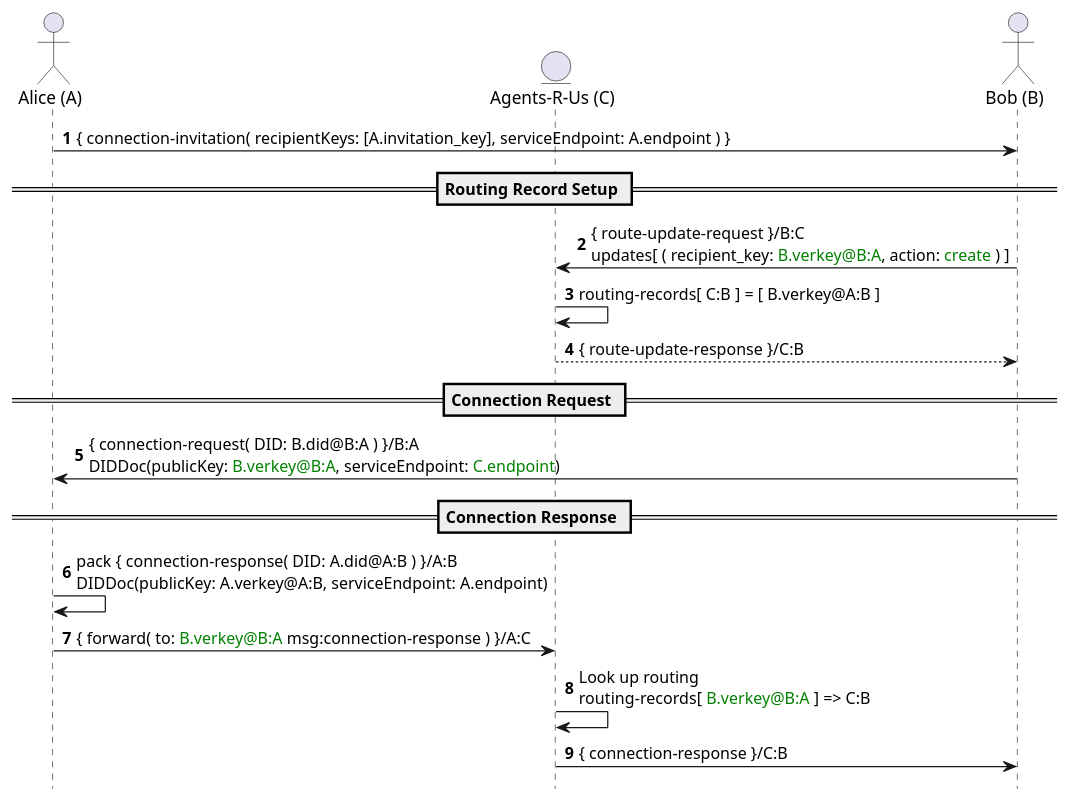
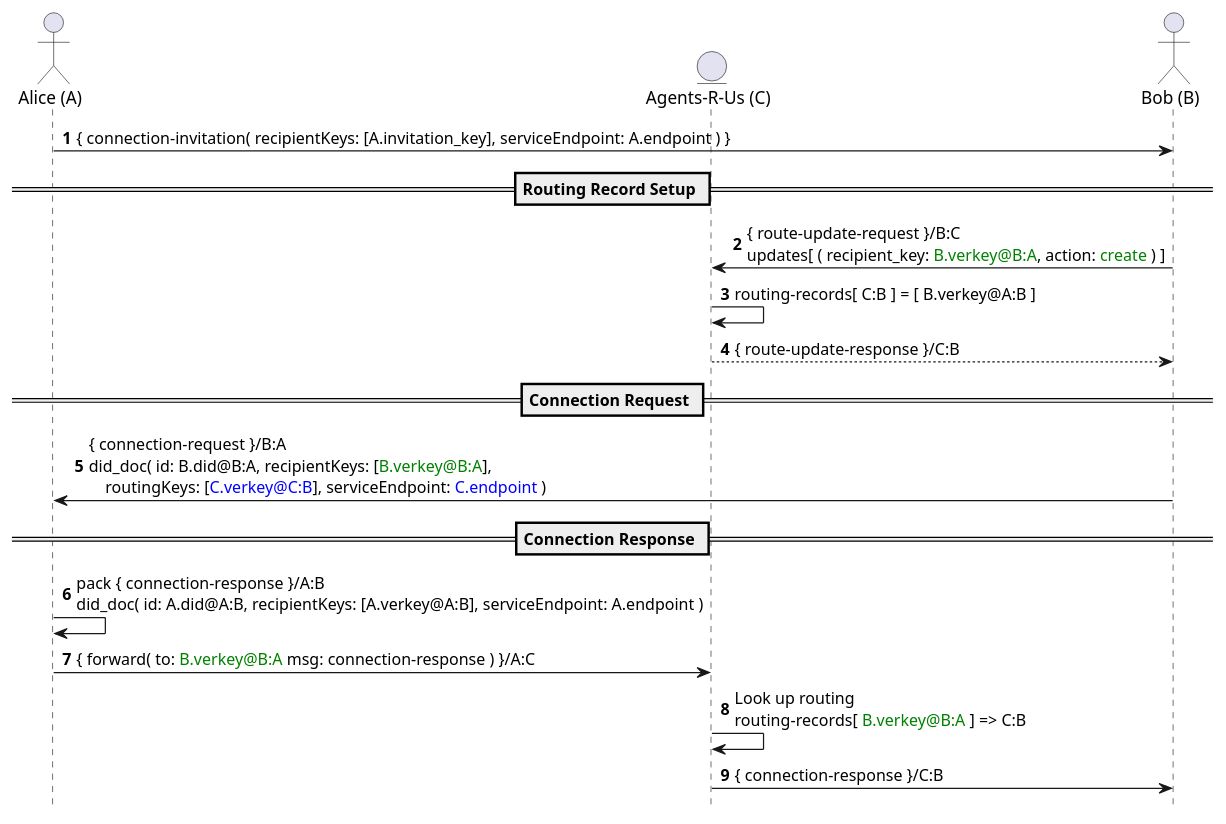
Before and after one commit to cywolf/indy-hipe: the diagram in text/agent-message-routing/new-connection-sequence.puml, drawn with PlantUML. The commit also changed 3 other files, not shown here.

Commit message:
further diagram updates

```diff
--- a/text/agent-message-routing/new-connection-sequence.puml
+++ b/text/agent-message-routing/new-connection-sequence.puml
@@ -1,28 +1,28 @@
 @startuml "connection sequence"
 autonumber
 hide footbox
 
 actor "Alice (A)" as Alice
 entity "Agents-R-Us (C)" as aru
 actor "Bob (B)" as Bob
 
 Bob <- Alice : { connection-invitation( recipientKeys: [A.invitation_key], serviceEndpoint: A.endpoint ) }
 
 == Routing Record Setup ==
 
 Bob -> aru : { route-update-request }/B:C\nupdates[ ( recipient_key: <color green>B.verkey@B:A</color>, action: <color green>create</color> ) ]
 aru -> aru : routing-records[ C:B ] = [ B.verkey@A:B ]
 Bob <-- aru : { route-update-response }/C:B
 
 == Connection Request ==
 
-Bob -> Alice :  { connection-request( DID: B.did@B:A ) }/B:A\nDIDDoc(publicKey: <color green>B.verkey@B:A</color>, serviceEndpoint: <color green>C.endpoint</color>)
+Bob -> Alice :  { connection-request }/B:A\ndid_doc( id: B.did@B:A, recipientKeys: [<color green>B.verkey@B:A</color>],\n    routingKeys: [<color blue>C.verkey@C:B</color>], serviceEndpoint: <color blue>C.endpoint</color> )
 
 == Connection Response ==
 
-Alice -> Alice : pack { connection-response( DID: A.did@A:B ) }/A:B\nDIDDoc(publicKey: A.verkey@A:B, serviceEndpoint: A.endpoint)
-Alice -> aru : { forward( to: <color green>B.verkey@B:A</color> msg:connection-response ) }/A:C
+Alice -> Alice : pack { connection-response }/A:B\ndid_doc( id: A.did@A:B, recipientKeys: [A.verkey@A:B], serviceEndpoint: A.endpoint )
+Alice -> aru : { forward( to: <color green>B.verkey@B:A</color> msg: connection-response ) }/A:C
 aru -> aru : Look up routing\nrouting-records[ <color green>B.verkey@B:A</color> ] => C:B
 Bob <- aru : { connection-response }/C:B
 
 @enduml
```
